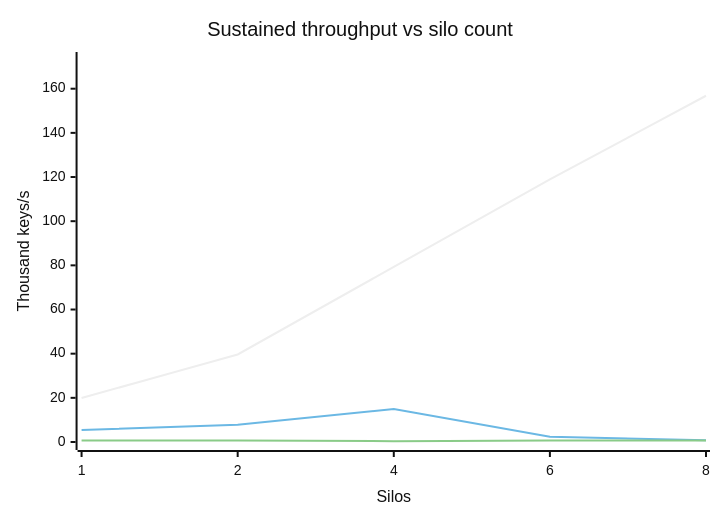
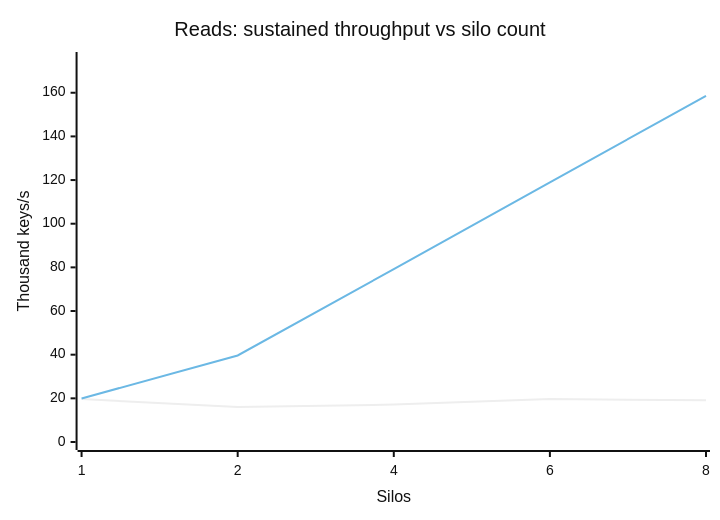
One commit to NSTA1/Orleans.Lattice changed the second of 4 diagrams in docs/lattice/performance-multi-silo.md. Above: the diagram before and after it, drawn with Mermaid (neutral theme). The commit also changed other lines of this file and 2 other files, not shown here.

````diff
--- a/docs/lattice/performance-multi-silo.md
+++ b/docs/lattice/performance-multi-silo.md
@@ -33,9 +66,8 @@
 ```mermaid
 xychart-beta
-    title "Sustained throughput vs silo count"
+    title "Reads: sustained throughput vs silo count"
     x-axis "Silos" ["1", "2", "4", "6", "8"]
-    y-axis "Thousand keys/s" 0 --> 173
-    line [19.91, 39.64, 79.29, 118.93, 156.81]
-    line [5.48, 7.78, 14.97, 2.34, 0.84]
-    line [0.7, 0.69, 0.38, 0.64, 0.65]
+    y-axis "Thousand keys/s" 0 --> 175
+    line [19.67, 16.09, 17.14, 19.7, 19.08]
+    line [19.93, 39.64, 79.2, 118.93, 158.58]
 ```
````
